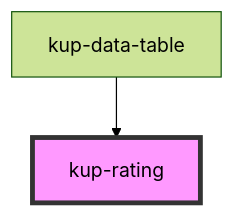
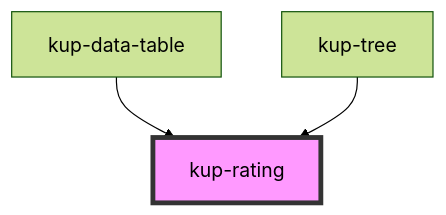
The diagram in packages/ketchup/src/components/kup-rating/readme.md (smeup/ketchup), drawn with Mermaid (forest theme) before and after one commit. The commit also changed other lines of this file and 17 other files, not shown here.

Commit message:
kup-data-table renderCell mirrored in kup-tree

````diff
--- a/packages/ketchup/src/components/kup-rating/readme.md
+++ b/packages/ketchup/src/components/kup-rating/readme.md
@@ -45,5 +46,6 @@
 ```mermaid
 graph TD;
   kup-data-table --> kup-rating
+  kup-tree --> kup-rating
   style kup-rating fill:#f9f,stroke:#333,stroke-width:4px
 ```
````
